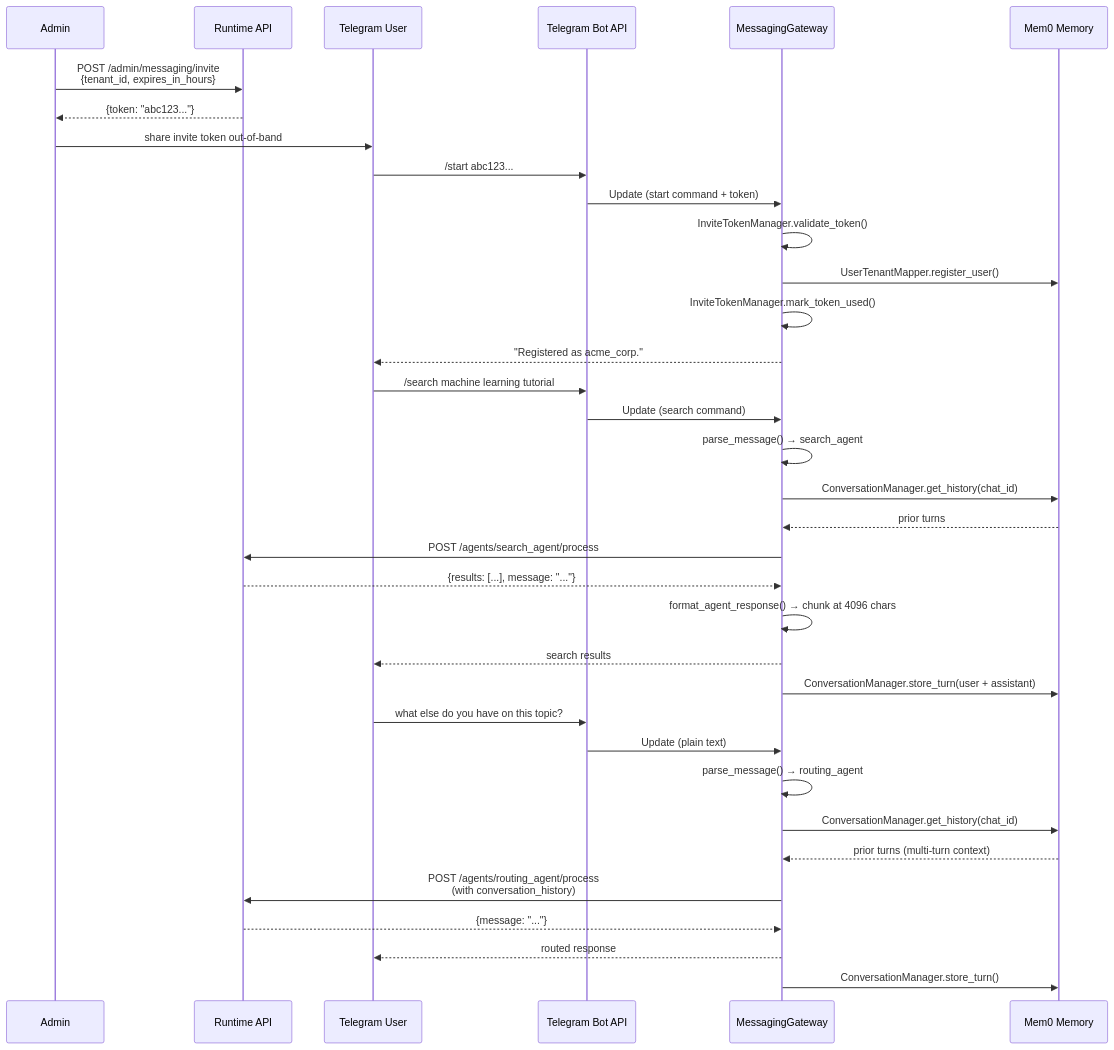
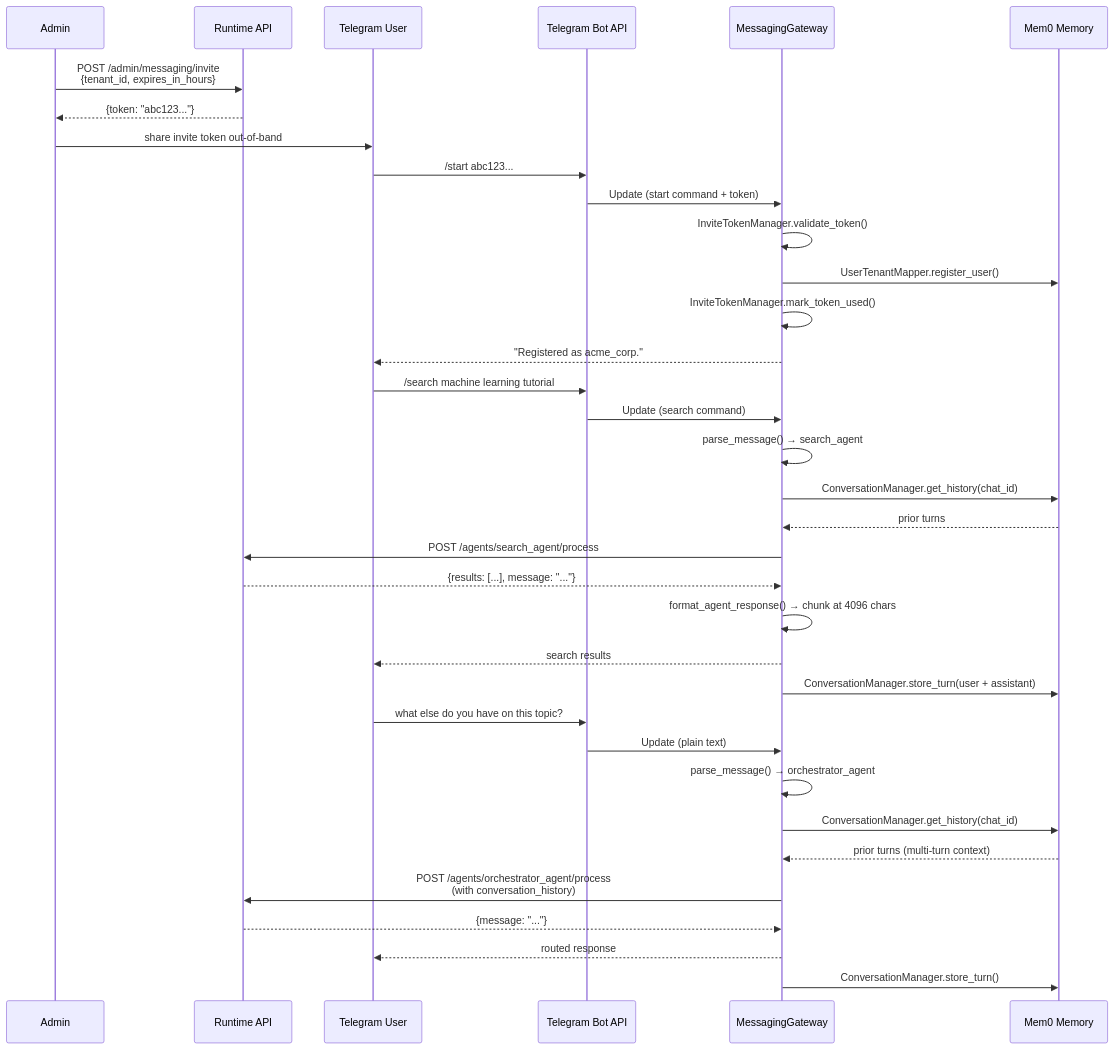
Before and after one commit to amit-jain/cogniverse: the second of 3 diagrams in docs/USER_GUIDE.md, drawn with Mermaid. The commit also changed other lines of this file and 75 other files, not shown here.

First line of the commit message:
Remove RoutingAgent and replace with OrchestratorAgent dispatch

````diff
--- a/docs/USER_GUIDE.md
+++ b/docs/USER_GUIDE.md
@@ -858,41 +849,41 @@
 ```mermaid
 sequenceDiagram
     participant ADM as Admin
     participant RT as Runtime API
     participant USR as Telegram User
     participant BOT as Telegram Bot API
     participant GW as MessagingGateway
     participant MEM as Mem0 Memory
 
     ADM->>RT: POST /admin/messaging/invite<br/>{tenant_id, expires_in_hours}
     RT-->>ADM: {token: "abc123..."}
     ADM->>USR: share invite token out-of-band
 
     USR->>BOT: /start abc123...
     BOT->>GW: Update (start command + token)
     GW->>GW: InviteTokenManager.validate_token()
     GW->>MEM: UserTenantMapper.register_user()
     GW->>GW: InviteTokenManager.mark_token_used()
     GW-->>USR: "Registered as acme_corp."
 
     USR->>BOT: /search machine learning tutorial
     BOT->>GW: Update (search command)
     GW->>GW: parse_message() → search_agent
     GW->>MEM: ConversationManager.get_history(chat_id)
     MEM-->>GW: prior turns
     GW->>RT: POST /agents/search_agent/process
     RT-->>GW: {results: [...], message: "..."}
     GW->>GW: format_agent_response() → chunk at 4096 chars
     GW-->>USR: search results
     GW->>MEM: ConversationManager.store_turn(user + assistant)
 
     USR->>BOT: what else do you have on this topic?
     BOT->>GW: Update (plain text)
-    GW->>GW: parse_message() → routing_agent
+    GW->>GW: parse_message() → orchestrator_agent
     GW->>MEM: ConversationManager.get_history(chat_id)
     MEM-->>GW: prior turns (multi-turn context)
-    GW->>RT: POST /agents/routing_agent/process<br/>(with conversation_history)
+    GW->>RT: POST /agents/orchestrator_agent/process<br/>(with conversation_history)
     RT-->>GW: {message: "..."}
     GW-->>USR: routed response
     GW->>MEM: ConversationManager.store_turn()
 ```
````
